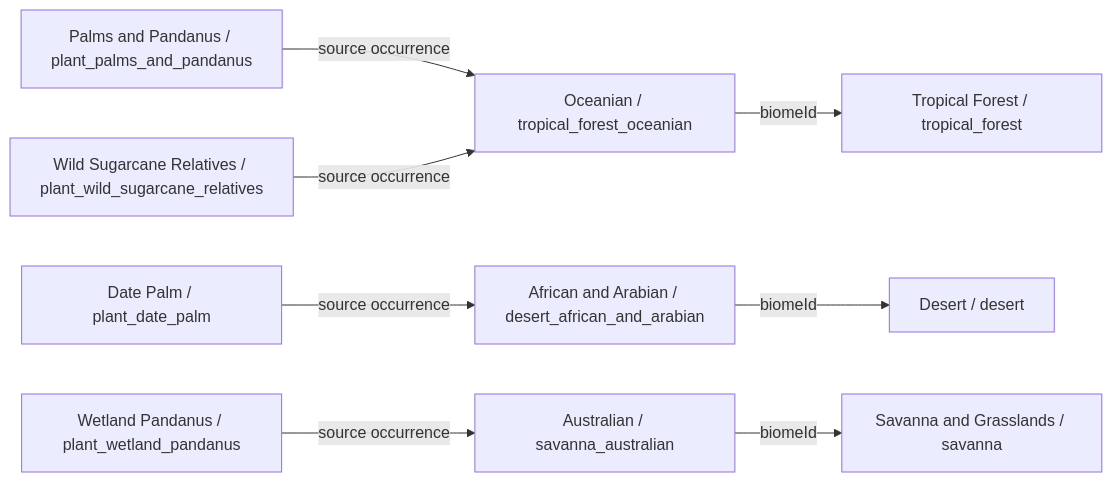
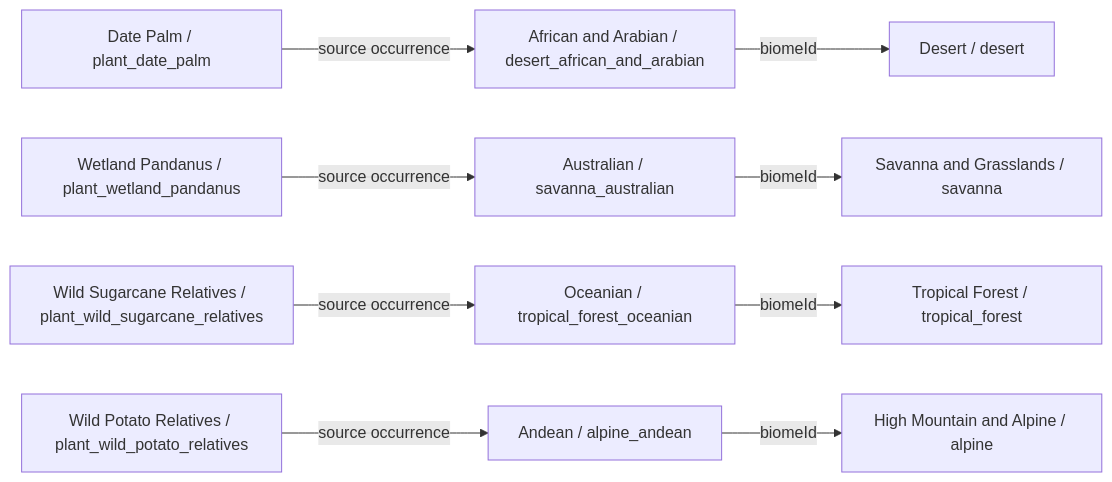
Diagram 17 of 34 in data/plants/DIAGRAMS.md (fgabo404/EvolveDoc), drawn with Mermaid before and after one commit. The commit also changed other lines of this file and 59 other files, not shown here.

````diff
--- a/data/plants/DIAGRAMS.md
+++ b/data/plants/DIAGRAMS.md
@@ -646,20 +597,23 @@
 ```mermaid
 flowchart LR
-    c0["Palms and Pandanus / plant_palms_and_pandanus"]
+    c0["Date Palm / plant_date_palm"]
+    v16["African and Arabian / desert_african_and_arabian"]
+    b4["Desert / desert"]
+    c1["Wetland Pandanus / plant_wetland_pandanus"]
+    v14["Australian / savanna_australian"]
+    b3["Savanna and Grasslands / savanna"]
+    c2["Wild Sugarcane Relatives / plant_wild_sugarcane_relatives"]
     v3["Oceanian / tropical_forest_oceanian"]
     b0["Tropical Forest / tropical_forest"]
-    c1["Date Palm / plant_date_palm"]
-    v16["African and Arabian / desert_african_and_arabian"]
-    b4["Desert / desert"]
-    c2["Wetland Pandanus / plant_wetland_pandanus"]
-    v14["Australian / savanna_australian"]
-    b3["Savanna and Grasslands / savanna"]
-    c3["Wild Sugarcane Relatives / plant_wild_sugarcane_relatives"]
-    c0 -->|source occurrence| v3
-    c1 -->|source occurrence| v16
-    c2 -->|source occurrence| v14
-    c3 -->|source occurrence| v3
+    c3["Wild Potato Relatives / plant_wild_potato_relatives"]
+    v23["Andean / alpine_andean"]
+    b6["High Mountain and Alpine / alpine"]
+    c0 -->|source occurrence| v16
+    c1 -->|source occurrence| v14
+    c2 -->|source occurrence| v3
+    c3 -->|source occurrence| v23
     v14 -->|biomeId| b3
     v16 -->|biomeId| b4
+    v23 -->|biomeId| b6
     v3 -->|biomeId| b0
 ```
````
